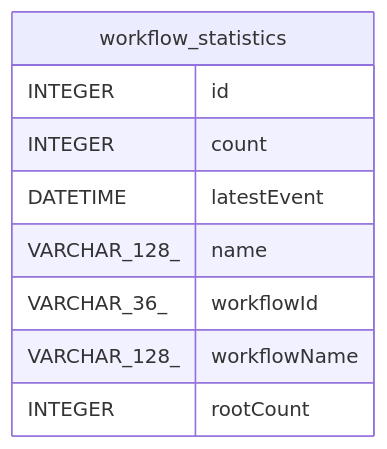
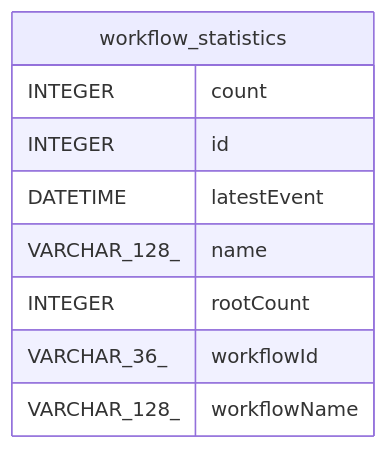
One commit to mayankjain1815-commits/n8n changed the diagram in docs/generated/sqlite-schema/workflow_statistics.md. Above: the diagram before and after it, drawn with Mermaid. The commit also changed other lines of this file and 221 other files, not shown here.

Commit message:
chore(core): Make DB schema docs generation deterministic (#32373)

````diff
--- a/docs/generated/sqlite-schema/workflow_statistics.md
+++ b/docs/generated/sqlite-schema/workflow_statistics.md
@@ -48,14 +48,14 @@
 ```mermaid
 erDiagram
 
 
 "workflow_statistics" {
+  INTEGER count
   INTEGER id
-  INTEGER count
   DATETIME latestEvent
   VARCHAR_128_ name
+  INTEGER rootCount
   VARCHAR_36_ workflowId
   VARCHAR_128_ workflowName
-  INTEGER rootCount
 }
 ```
````
